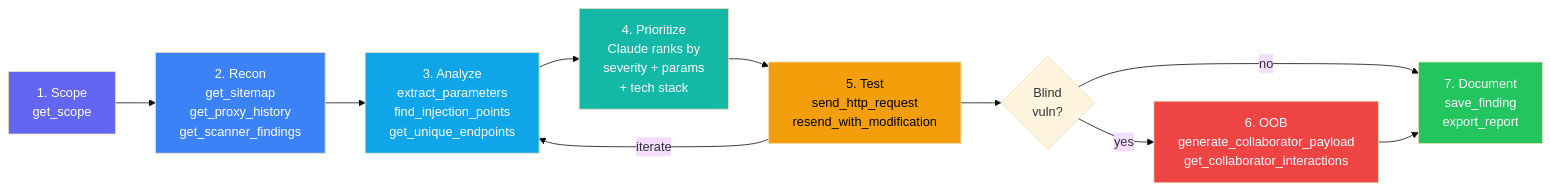
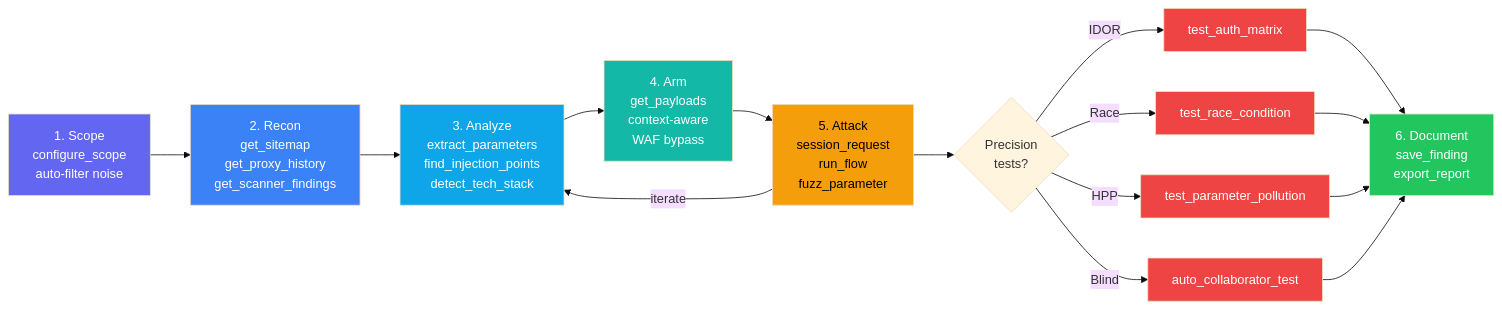
Before and after one commit to TyrusRC/praetor: the second of 2 diagrams in README.md, drawn with Mermaid (base theme). The commit also changed other lines of this file and 1 other file, not shown here.

````diff
--- a/README.md
+++ b/README.md
@@ -51,20 +54,28 @@
 ```mermaid
 flowchart LR
-    A[1. Scope<br/>get_scope] --> B[2. Recon<br/>get_sitemap<br/>get_proxy_history<br/>get_scanner_findings]
-    B --> C[3. Analyze<br/>extract_parameters<br/>find_injection_points<br/>get_unique_endpoints]
-    C --> D[4. Prioritize<br/>Claude ranks by<br/>severity + params<br/>+ tech stack]
-    D --> E[5. Test<br/>send_http_request<br/>resend_with_modification]
-    E --> F{Blind<br/>vuln?}
-    F -->|yes| G[6. OOB<br/>generate_collaborator_payload<br/>get_collaborator_interactions]
-    F -->|no| H[7. Document<br/>save_finding<br/>export_report]
-    G --> H
+    A[1. Scope<br/>configure_scope<br/>auto-filter noise] --> B[2. Recon<br/>get_sitemap<br/>get_proxy_history<br/>get_scanner_findings]
+    B --> C[3. Analyze<br/>extract_parameters<br/>find_injection_points<br/>detect_tech_stack]
+    C --> D[4. Arm<br/>get_payloads<br/>context-aware<br/>WAF bypass]
+    D --> E[5. Attack<br/>session_request<br/>run_flow<br/>fuzz_parameter]
+    E --> F{Precision<br/>tests?}
+    F -->|IDOR| G[test_auth_matrix]
+    F -->|Race| H[test_race_condition]
+    F -->|HPP| I[test_parameter_pollution]
+    F -->|Blind| J[auto_collaborator_test]
+    G --> K[6. Document<br/>save_finding<br/>export_report]
+    H --> K
+    I --> K
+    J --> K
     E -->|iterate| C
 
     style A fill:#6366f1,color:#fff
     style B fill:#3b82f6,color:#fff
     style C fill:#0ea5e9,color:#fff
     style D fill:#14b8a6,color:#fff
     style E fill:#f59e0b,color:#000
     style G fill:#ef4444,color:#fff
-    style H fill:#22c55e,color:#fff
+    style H fill:#ef4444,color:#fff
+    style I fill:#ef4444,color:#fff
+    style J fill:#ef4444,color:#fff
+    style K fill:#22c55e,color:#fff
 ```
````
